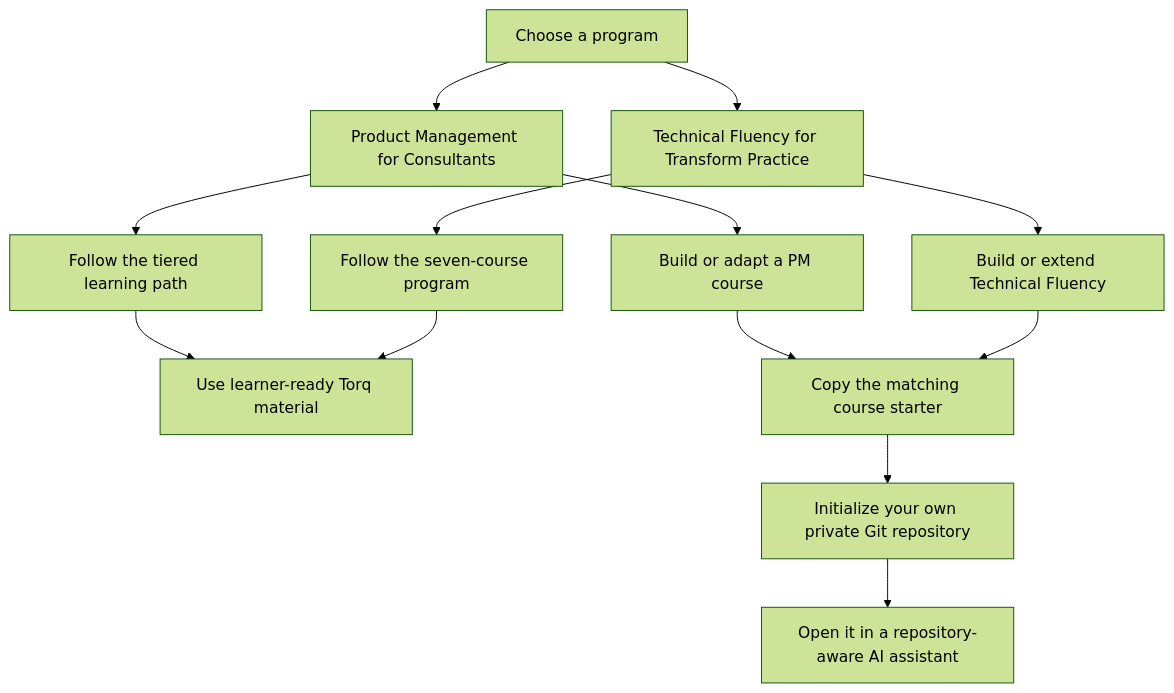
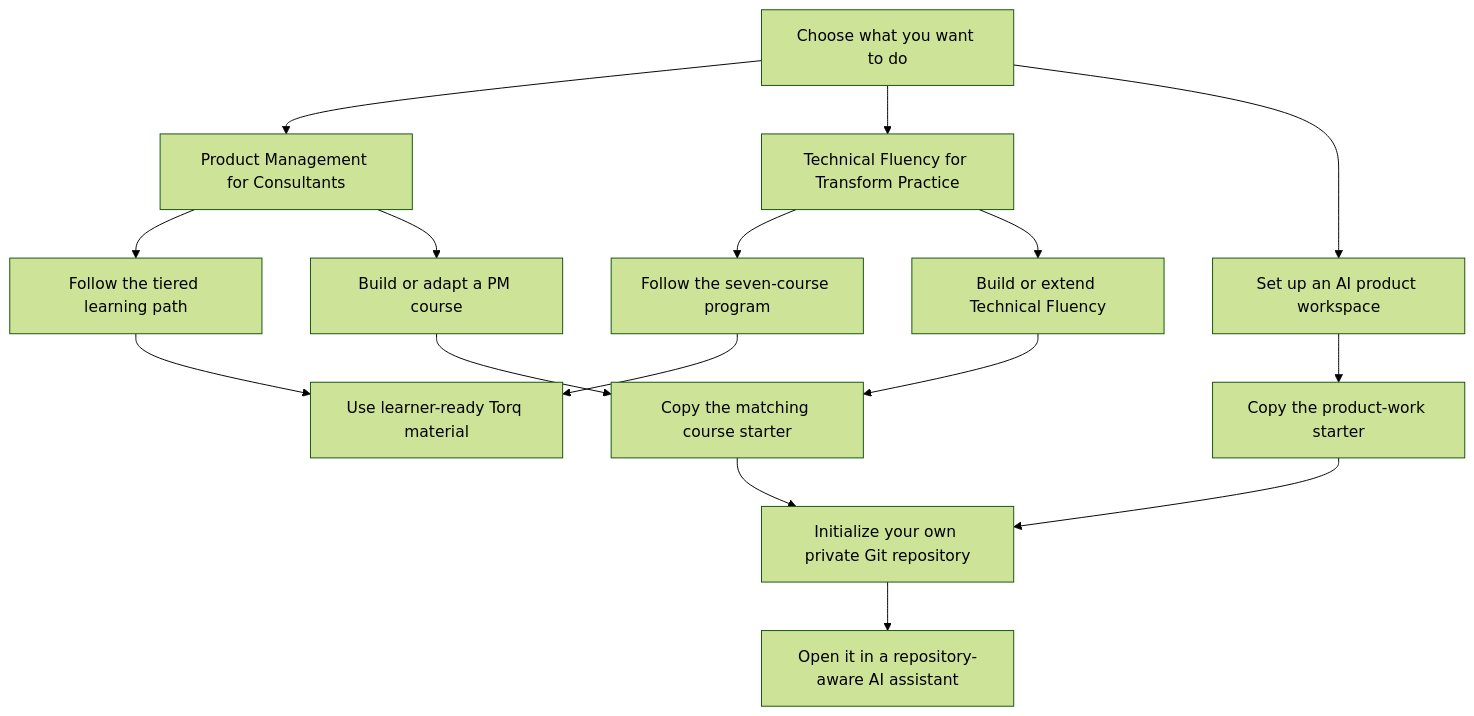
The diagram in README.md (slevine-torq/ProductLearning), drawn with Mermaid (forest theme) before and after one commit. The commit also changed other lines of this file and 27 other files, not shown here.

Commit message:
Add product-work workspace starter

````diff
--- a/README.md
+++ b/README.md
@@ -69,23 +85,28 @@
 ```mermaid
 flowchart TD
-    A[Choose a program] --> PM[Product Management for Consultants]
+    A[Choose what you want to do] --> PM[Product Management for Consultants]
     A --> TF[Technical Fluency for Transform Practice]
+    A --> PW[Set up an AI product workspace]
     PM --> PML[Follow the tiered learning path]
     PM --> PMB[Build or adapt a PM course]
     TF --> TFL[Follow the seven-course program]
     TF --> TFB[Build or extend Technical Fluency]
     PML --> L[Use learner-ready Torq material]
     TFL --> L
     PMB --> CP[Copy the matching course starter]
     TFB --> CP
+    PW --> WS[Copy the product-work starter]
+    WS --> G
     CP --> G[Initialize your own private Git repository]
     G --> AI[Open it in a repository-aware AI assistant]
     click PM "programs/product-management-for-consultants/README.md" "Open Product Management for Consultants"
     click TF "programs/technical-fluency/README.md" "Open Technical Fluency"
     click PML "programs/product-management-for-consultants/README.md#choose-your-route" "Choose the PM learning route"
     click TFL "programs/technical-fluency/README.md#seven-course-map" "Open the Technical Fluency map"
     click PMB "course-starters/product-management-consultants/README.md" "Open the PM course starter"
     click TFB "course-starters/technical-fluency/README.md" "Open the Technical Fluency starter"
+    click PW "WORKSPACE-QUICKSTART.md" "Open the workspace quickstart"
+    click WS "workspace-starters/product-work/README.md" "Open the product-work starter"
     click L "#what-collaborators-should-use" "See what collaborators should use"
     click CP "course-starters/README.md" "Choose a starter"
 ```
````
